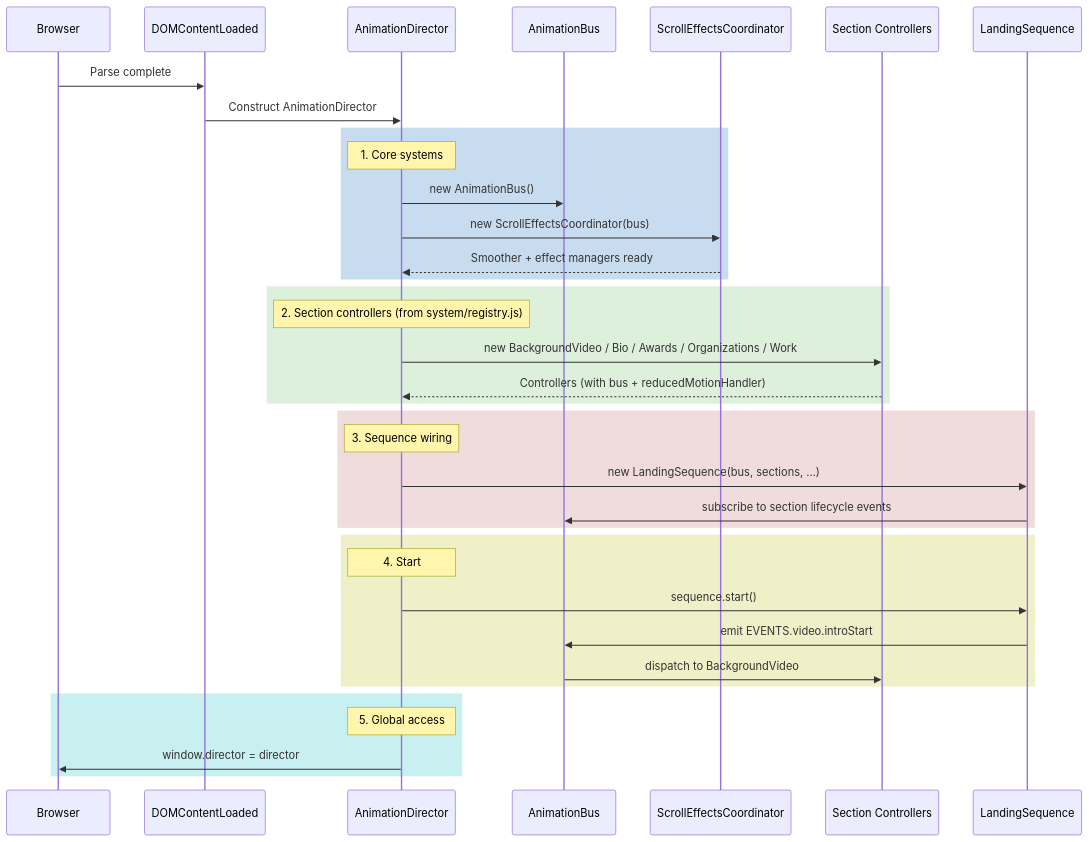
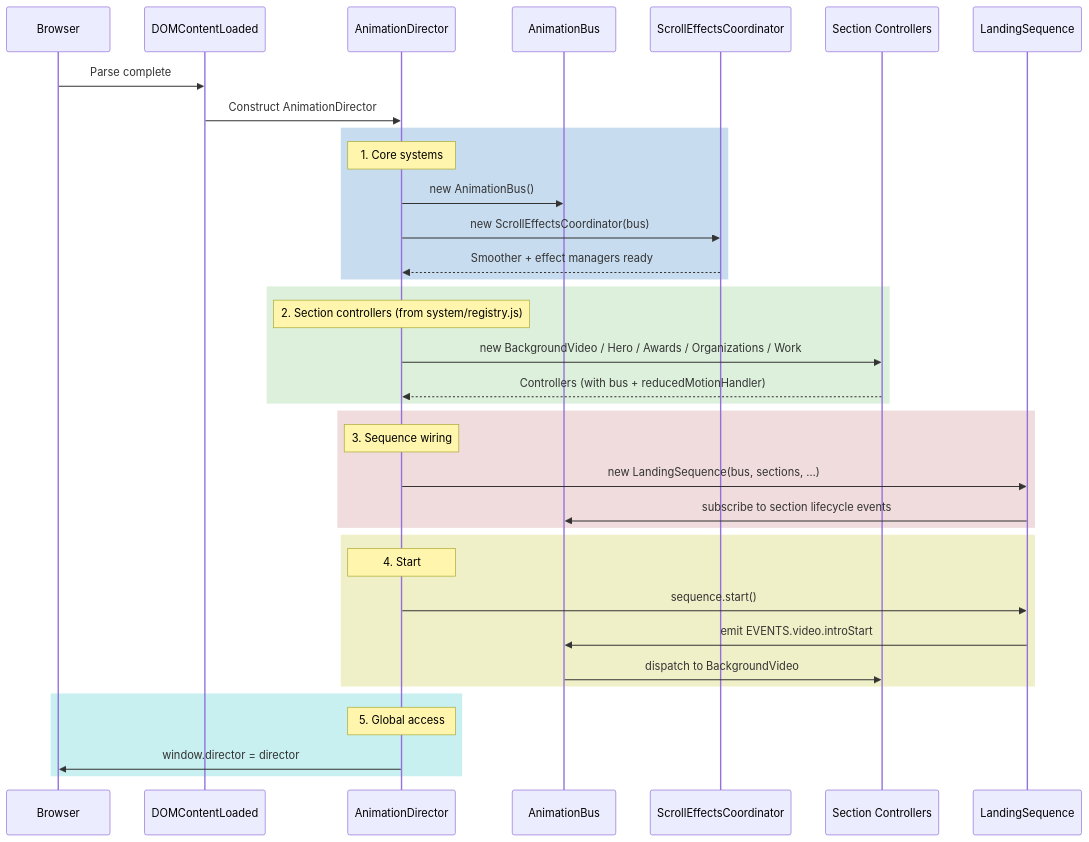
Before and after one commit to datainkio/portfolio-frontend: the diagram in docs/director-initialization-sequence.md, drawn with Mermaid. The commit also changed other lines of this file and 77 other files, not shown here.

First line of the commit message:
refactor(choreography): rename Bio section to Hero

````diff
--- a/docs/director-initialization-sequence.md
+++ b/docs/director-initialization-sequence.md
@@ -11,44 +11,44 @@
 ```mermaid
 sequenceDiagram
     participant Browser
     participant DOM as DOMContentLoaded
     participant AD as AnimationDirector
     participant Bus as AnimationBus
     participant SEC as ScrollEffectsCoordinator
     participant Sections as Section Controllers
     participant LS as LandingSequence
 
     Browser->>DOM: Parse complete
     DOM->>AD: Construct AnimationDirector
 
     rect rgb(200, 220, 240)
         note over AD: 1. Core systems
         AD->>Bus: new AnimationBus()
         AD->>SEC: new ScrollEffectsCoordinator(bus)
         SEC-->>AD: Smoother + effect managers ready
     end
 
     rect rgb(220, 240, 220)
         note over AD: 2. Section controllers (from system/registry.js)
-        AD->>Sections: new BackgroundVideo / Bio / Awards / Organizations / Work
+        AD->>Sections: new BackgroundVideo / Hero / Awards / Organizations / Work
         Sections-->>AD: Controllers (with bus + reducedMotionHandler)
     end
 
     rect rgb(240, 220, 220)
         note over AD: 3. Sequence wiring
         AD->>LS: new LandingSequence(bus, sections, …)
         LS->>Bus: subscribe to section lifecycle events
     end
 
     rect rgb(240, 240, 200)
         note over AD: 4. Start
         AD->>LS: sequence.start()
         LS->>Bus: emit EVENTS.video.introStart
         Bus->>Sections: dispatch to BackgroundVideo
     end
 
     rect rgb(200, 240, 240)
         note over AD: 5. Global access
         AD->>Browser: window.director = director
     end
 ```
````
